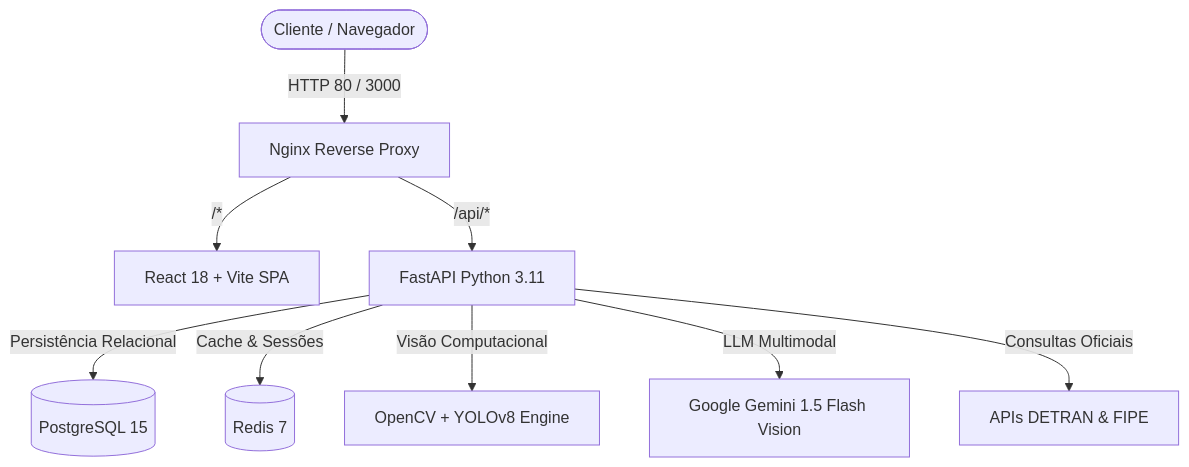
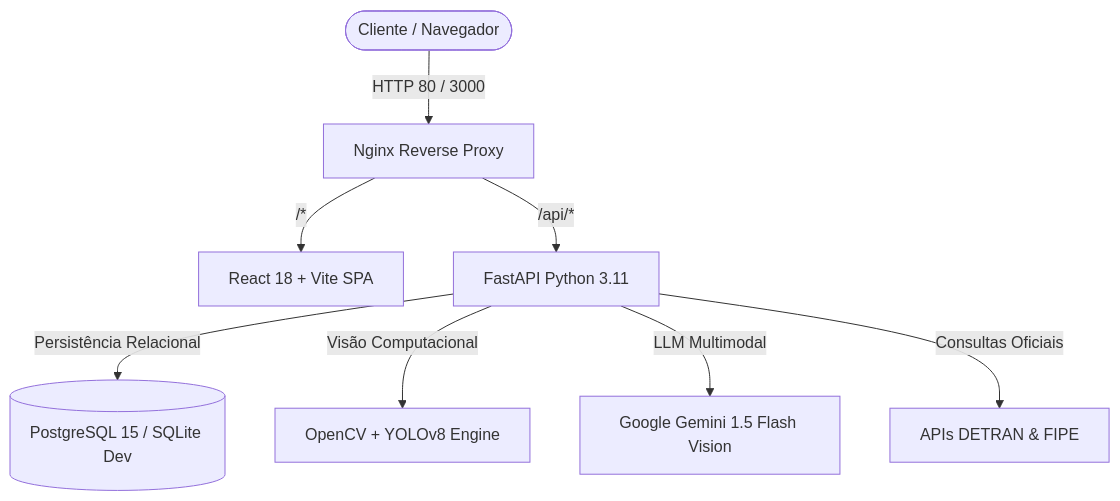
The first of 2 diagrams in docs/arquitetura.md (carlswilson22/Automatch), drawn with Mermaid before and after one commit. The commit also changed other lines of this file and 1 other file, not shown here.

Commit message:
docs(architecture): sync documentation with lean stack architecture removing legacy redis references

````diff
--- a/docs/arquitetura.md
+++ b/docs/arquitetura.md
@@ -14,11 +14,10 @@
 ```mermaid
 graph TD
     User([Cliente / Navegador]) -->|HTTP 80 / 3000| Gateway[Nginx Reverse Proxy]
     Gateway -->|/*| Frontend[React 18 + Vite SPA]
     Gateway -->|/api/*| Backend[FastAPI Python 3.11]
-    Backend -->|Persistência Relacional| DB[(PostgreSQL 15)]
-    Backend -->|Cache & Sessões| Cache[(Redis 7)]
+    Backend -->|Persistência Relacional| DB[(PostgreSQL 15 / SQLite Dev)]
     Backend -->|Visão Computacional| VisionEngine[OpenCV + YOLOv8 Engine]
     Backend -->|LLM Multimodal| GeminiAPI[Google Gemini 1.5 Flash Vision]
     Backend -->|Consultas Oficiais| ExternalGov[APIs DETRAN & FIPE]
 ```
````
